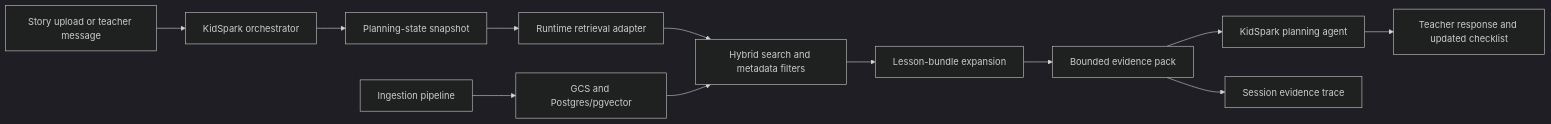
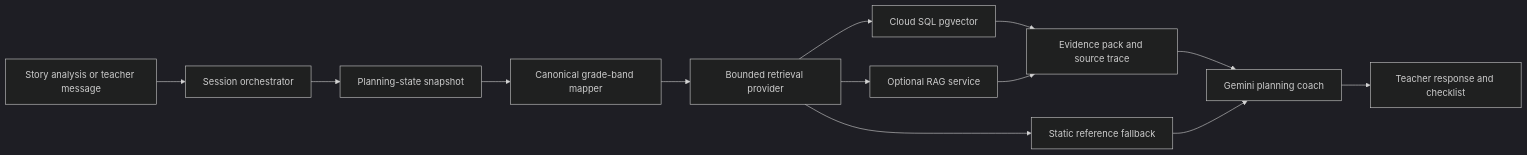
The diagram in backend/retrieval/README.md (yujia-l/BrickSmart), drawn with Mermaid (dark theme) before and after one commit. The commit also changed other lines of this file and 110 other files, not shown here.

Commit message:
Finalize KidSpark Gemini RAG production integration

````diff
--- a/backend/retrieval/README.md
+++ b/backend/retrieval/README.md
@@ -17,14 +10,15 @@
 ```mermaid
 flowchart LR
-    A["Story upload or teacher message"] --> B["KidSpark orchestrator"]
+    A["Story analysis or teacher message"] --> B["Session orchestrator"]
     B --> C["Planning-state snapshot"]
-    C --> D["Runtime retrieval adapter"]
-    D --> E["Hybrid search and metadata filters"]
-    E --> F["Lesson-bundle expansion"]
-    F --> G["Bounded evidence pack"]
-    G --> H["KidSpark planning agent"]
-    H --> I["Teacher response and updated checklist"]
-    G --> J["Session evidence trace"]
-    K["Ingestion pipeline"] --> L["GCS and Postgres/pgvector"]
-    L --> E
+    C --> D["Canonical grade-band mapper"]
+    D --> E["Bounded retrieval provider"]
+    E --> F["Cloud SQL pgvector"]
+    E --> G["Optional RAG service"]
+    F --> H["Evidence pack and source trace"]
+    G --> H
+    H --> I["Gemini planning coach"]
+    I --> J["Teacher response and checklist"]
+    E --> K["Static reference fallback"]
+    K --> I
 ```
````
